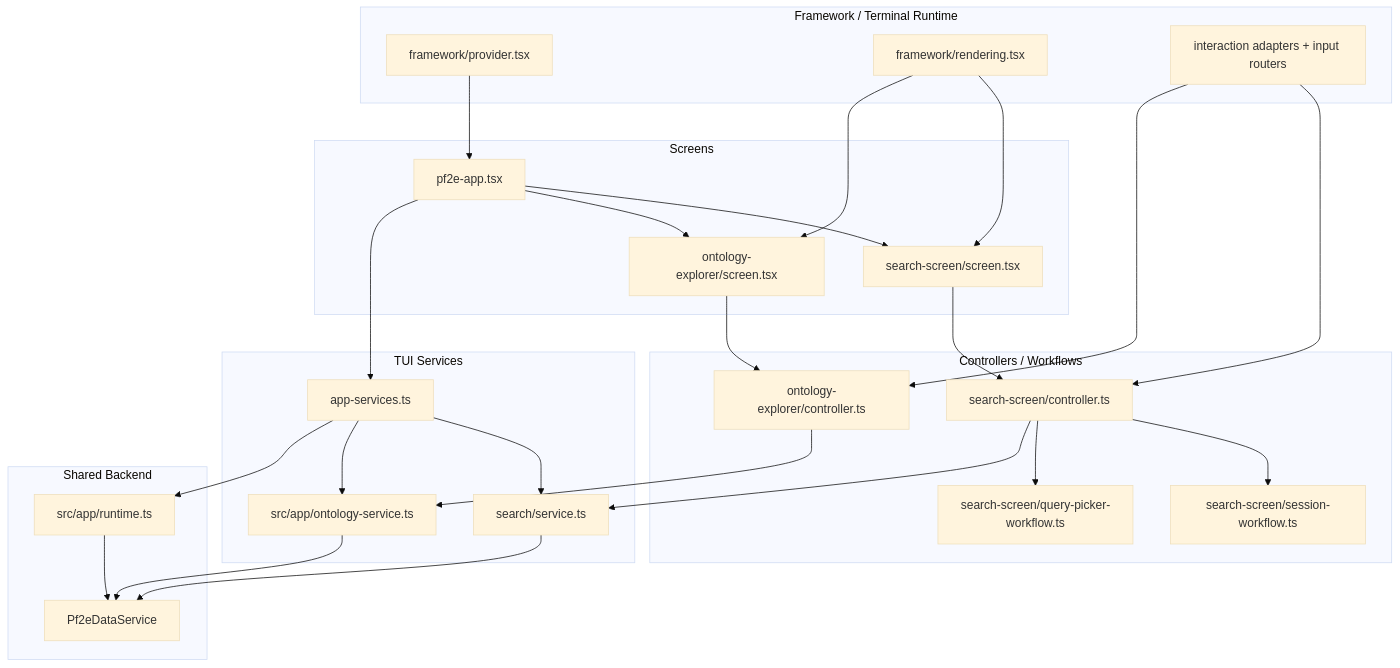
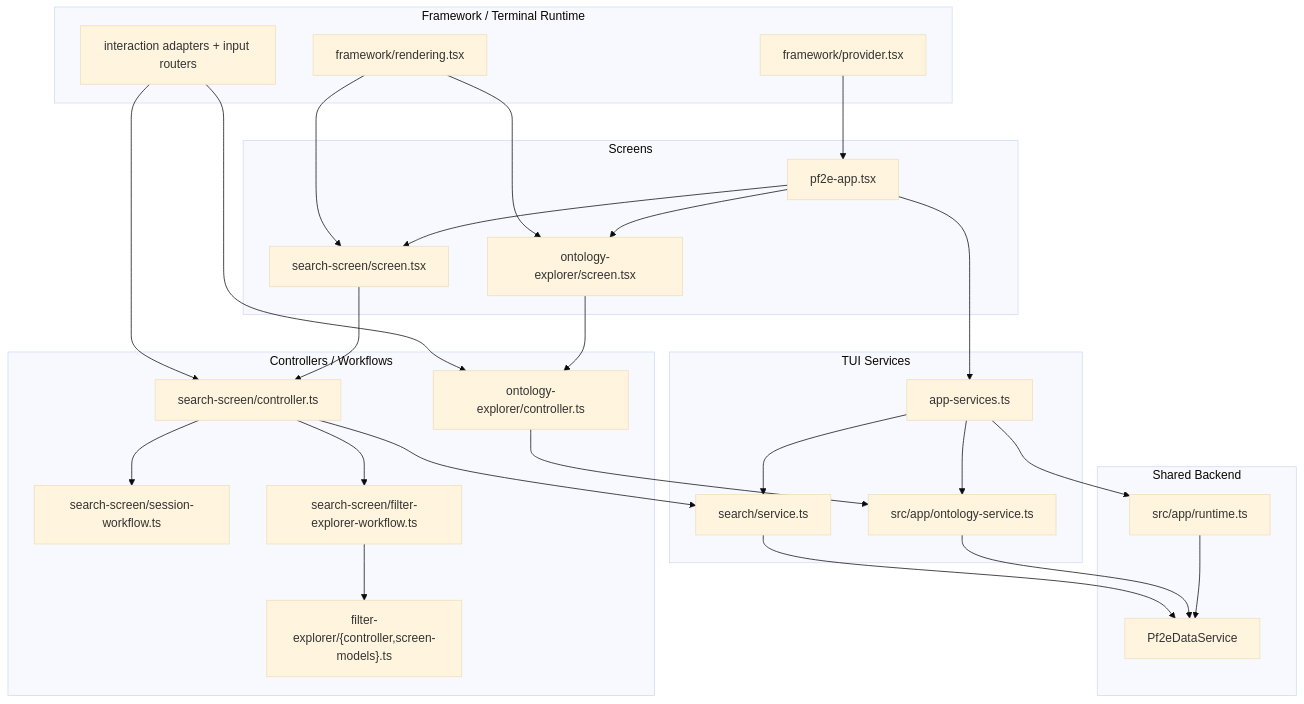
Before and after one commit to e-kosten/pf2e-atlas: the second of 2 diagrams in docs/architecture/tui.md, drawn with Mermaid (base theme). The commit also changed other lines of this file and 27 other files, not shown here.

First line of the commit message:
feat(tui): unify search filter explorer

````diff
--- a/docs/architecture/tui.md
+++ b/docs/architecture/tui.md
@@ -133,57 +133,59 @@
 ```mermaid
 flowchart TD
   subgraph Framework["Framework / Terminal Runtime"]
     Provider["`framework/provider.tsx`"]
     Rendering["`framework/rendering.tsx`"]
     Input["interaction adapters + input routers"]
   end
 
   subgraph Screens["Screens"]
     App["`pf2e-app.tsx`"]
     SearchScreen["`search-screen/screen.tsx`"]
     OntologyScreen["`ontology-explorer/screen.tsx`"]
   end
 
   subgraph Controllers["Controllers / Workflows"]
     SearchController["`search-screen/controller.ts`"]
     SearchWorkflow["`search-screen/session-workflow.ts`"]
-    PickerWorkflow["`search-screen/query-picker-workflow.ts`"]
+    FilterExplorerWorkflow["`search-screen/filter-explorer-workflow.ts`"]
+    FilterExplorer["`filter-explorer/{controller,screen-models}.ts`"]
     OntologyController["`ontology-explorer/controller.ts`"]
   end
 
   subgraph Services["TUI Services"]
     AppServices["`app-services.ts`"]
     SearchService["`search/service.ts`"]
     OntologyService["`src/app/ontology-service.ts`"]
   end
 
   subgraph Backend["Shared Backend"]
     Runtime["`src/app/runtime.ts`"]
     Data["`Pf2eDataService`"]
   end
 
   Provider --> App
   Rendering --> SearchScreen
   Rendering --> OntologyScreen
   Input --> SearchController
   Input --> OntologyController
 
   App --> SearchScreen
   App --> OntologyScreen
   App --> AppServices
 
   SearchScreen --> SearchController
   SearchController --> SearchWorkflow
-  SearchController --> PickerWorkflow
+  SearchController --> FilterExplorerWorkflow
+  FilterExplorerWorkflow --> FilterExplorer
   SearchController --> SearchService
 
   OntologyScreen --> OntologyController
   OntologyController --> OntologyService
 
   AppServices --> SearchService
   AppServices --> OntologyService
   AppServices --> Runtime
   SearchService --> Data
   OntologyService --> Data
   Runtime --> Data
 ```
````
